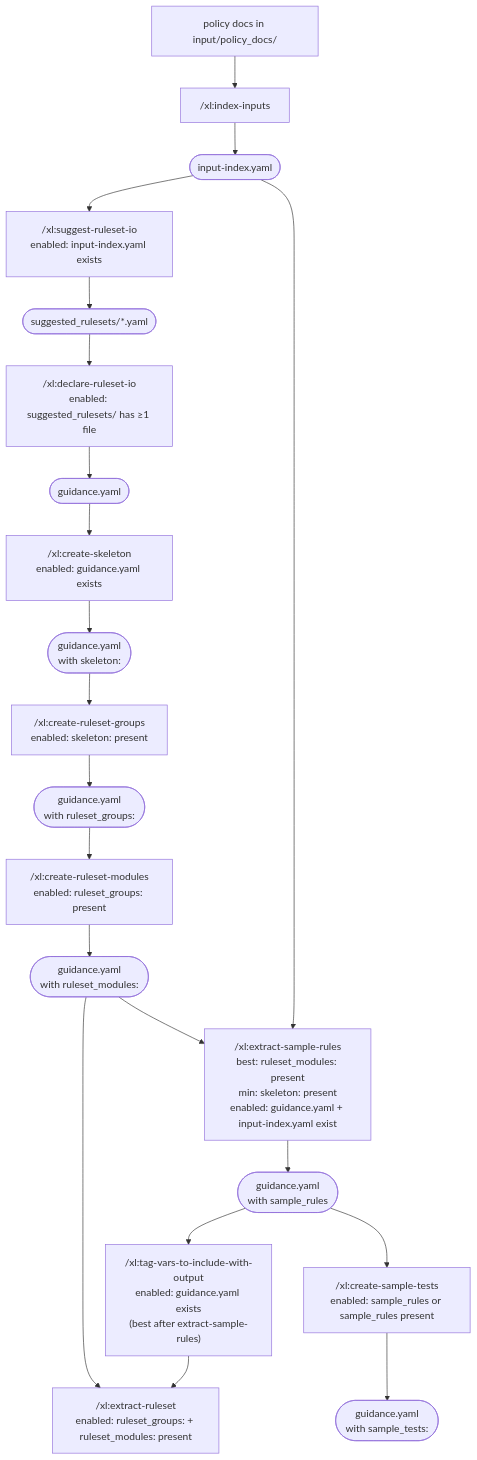
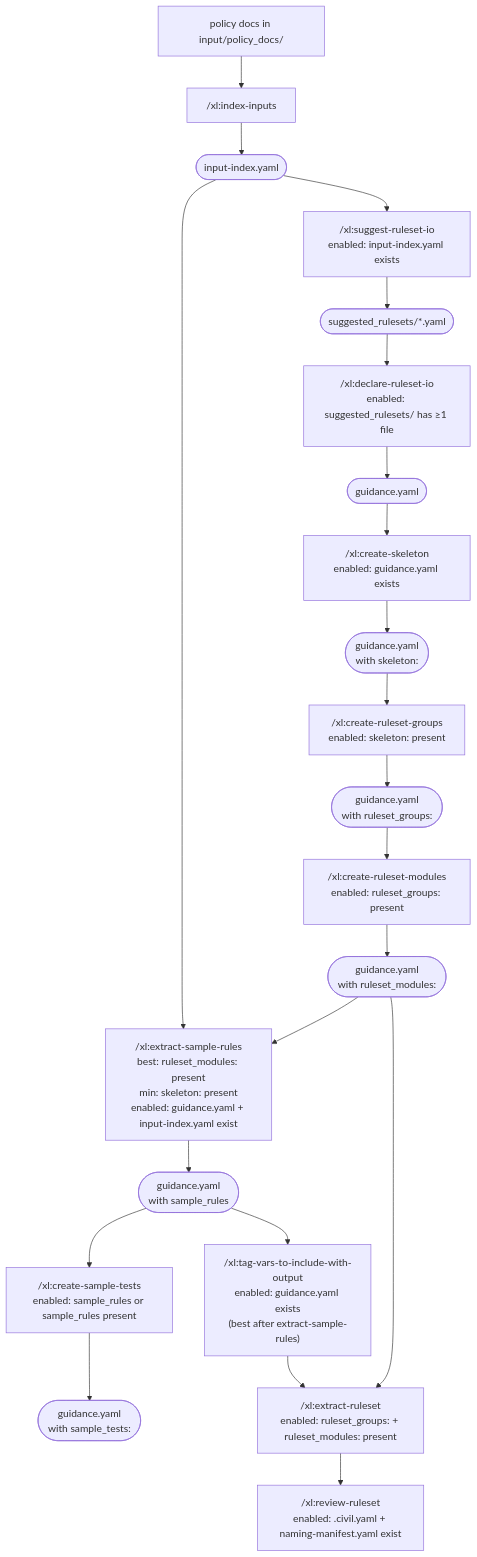
The diagram in xl-plugin/CLAUDE.md (navapbc/lockpicks-xlator-plugin), drawn with Mermaid before and after one commit. The commit also changed other lines of this file and 4 other files, not shown here.

Commit message:
refactor(commands): extract review gate into /review-ruleset command (#11)

````diff
--- a/xl-plugin/CLAUDE.md
+++ b/xl-plugin/CLAUDE.md
@@ -47,40 +48,42 @@
 ```mermaid
 flowchart TD
     DOCS["policy docs in input/policy_docs/"]
     IDX_CMD["/xl:index-inputs"]
     IDX(["input-index.yaml"])
 
     DOCS --> IDX_CMD --> IDX
 
     SUG["/xl:suggest-ruleset-io\nenabled: input-index.yaml exists"]
     SUG_F(["suggested_rulesets/*.yaml"])
     DECL["/xl:declare-ruleset-io\nenabled: suggested_rulesets/ has ≥1 file"]
     GY(["guidance.yaml"])
 
     IDX --> SUG --> SUG_F --> DECL --> GY
 
     SKEL["/xl:create-skeleton\nenabled: guidance.yaml exists"]
     GY_SKEL(["guidance.yaml\nwith skeleton:"])
     GROUPS["/xl:create-ruleset-groups\nenabled: skeleton: present"]
     GY_GROUPS(["guidance.yaml\nwith ruleset_groups:"])
     MODS["/xl:create-ruleset-modules\nenabled: ruleset_groups: present"]
 
     GY --> SKEL --> GY_SKEL --> GROUPS --> GY_GROUPS --> MODS
 
     GY_MODS(["guidance.yaml\nwith ruleset_modules:"])
     SAMPLERULES["/xl:extract-sample-rules\nbest: ruleset_modules: present\nmin: skeleton: present\nenabled: guidance.yaml + input-index.yaml exist"]
     GY_RULES(["guidance.yaml\nwith sample_rules"])
     TAGVARS["/xl:tag-vars-to-include-with-output\nenabled: guidance.yaml exists\n(best after extract-sample-rules)"]
     SAMPLETESTS["/xl:create-sample-tests\nenabled: sample_rules or sample_rules present"]
     GY_SAMPLETESTS(["guidance.yaml\nwith sample_tests:"])
 
     MODS --> GY_MODS --> SAMPLERULES
     IDX --> SAMPLERULES
     SAMPLERULES --> GY_RULES --> TAGVARS
     GY_RULES --> SAMPLETESTS --> GY_SAMPLETESTS
 
     EXTRACT["/xl:extract-ruleset\nenabled: ruleset_groups: + ruleset_modules: present"]
+    REVIEW["/xl:review-ruleset\nenabled: <program>.civil.yaml + naming-manifest.yaml exist"]
 
     GY_MODS --> EXTRACT
     TAGVARS --> EXTRACT
+    EXTRACT --> REVIEW
 ```
````
